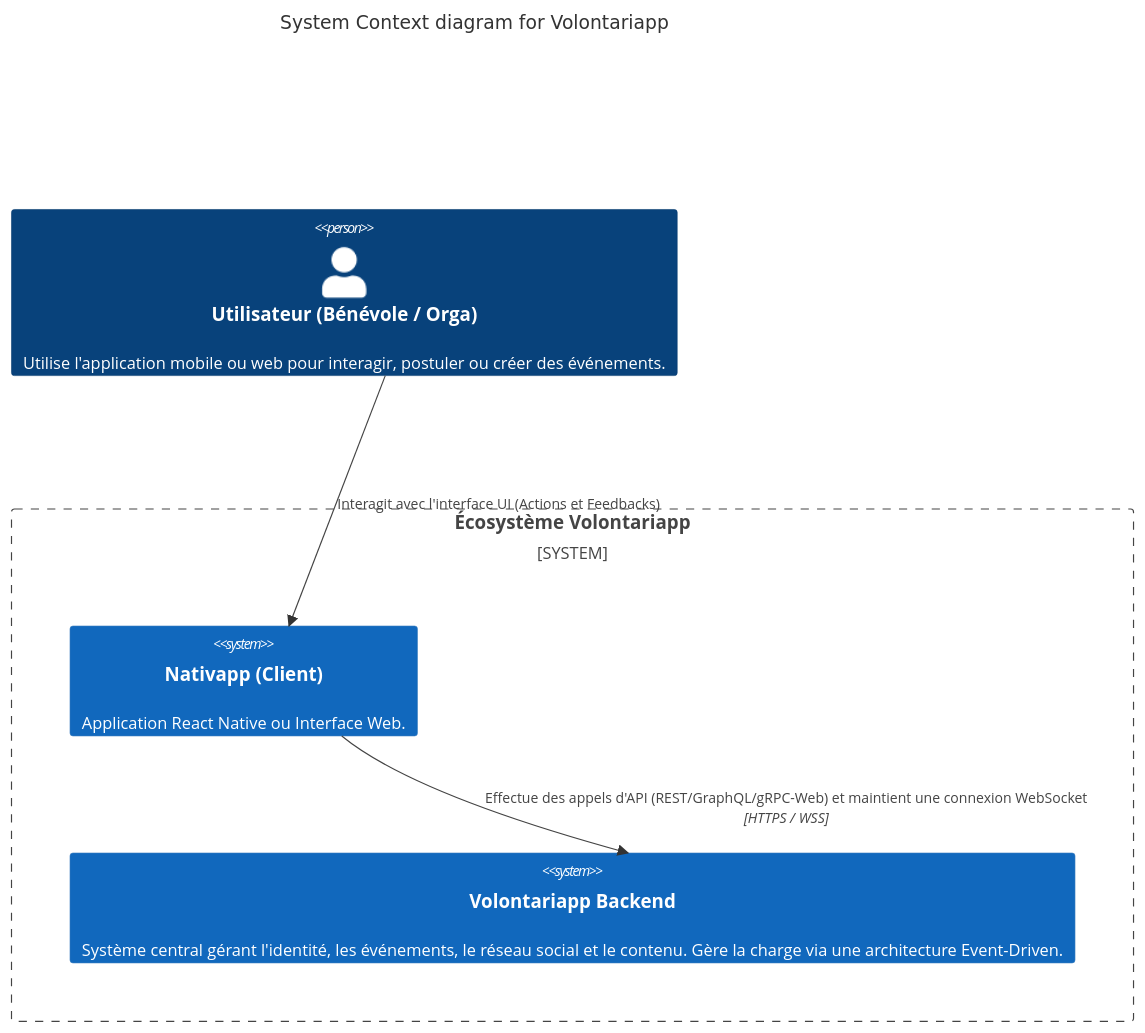
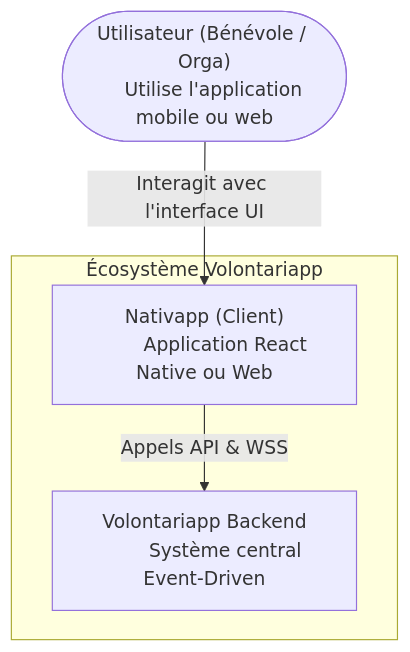
One commit to Volontariapp/meta changed the diagram in docs/C1-System-Context.md. Above: the diagram before and after it, drawn with Mermaid. The commit also changed 4 other files, not shown here.

````diff
--- a/docs/C1-System-Context.md
+++ b/docs/C1-System-Context.md
@@ -9,14 +9,17 @@
 ```mermaid
-C4Context
-    title System Context diagram for Volontariapp
+flowchart TD
+    %% System Context diagram for Volontariapp
 
-    Person(user, "Utilisateur (Bénévole / Orga)", "Utilise l'application mobile ou web pour interagir, postuler ou créer des événements.")
+    user(["Utilisateur (Bénévole / Orga)
+    Utilise l'application mobile ou web"])
     
-    System_Boundary(c1, "Écosystème Volontariapp") {
-        System(frontend, "Nativapp (Client)", "Application React Native ou Interface Web.")
-        System(backend, "Volontariapp Backend", "Système central gérant l'identité, les événements, le réseau social et le contenu. Gère la charge via une architecture Event-Driven.")
-    }
+    subgraph c1 ["Écosystème Volontariapp"]
+        frontend["Nativapp (Client)
+        Application React Native ou Web"]
+        backend["Volontariapp Backend
+        Système central Event-Driven"]
+    end
 
-    Rel(user, frontend, "Interagit avec l'interface UI (Actions et Feedbacks)")
-    Rel(frontend, backend, "Effectue des appels d'API (REST/GraphQL/gRPC-Web) et maintient une connexion WebSocket", "HTTPS / WSS")
+    user -- "Interagit avec l'interface UI" --> frontend
+    frontend -- "Appels API & WSS" --> backend
 ```
````
